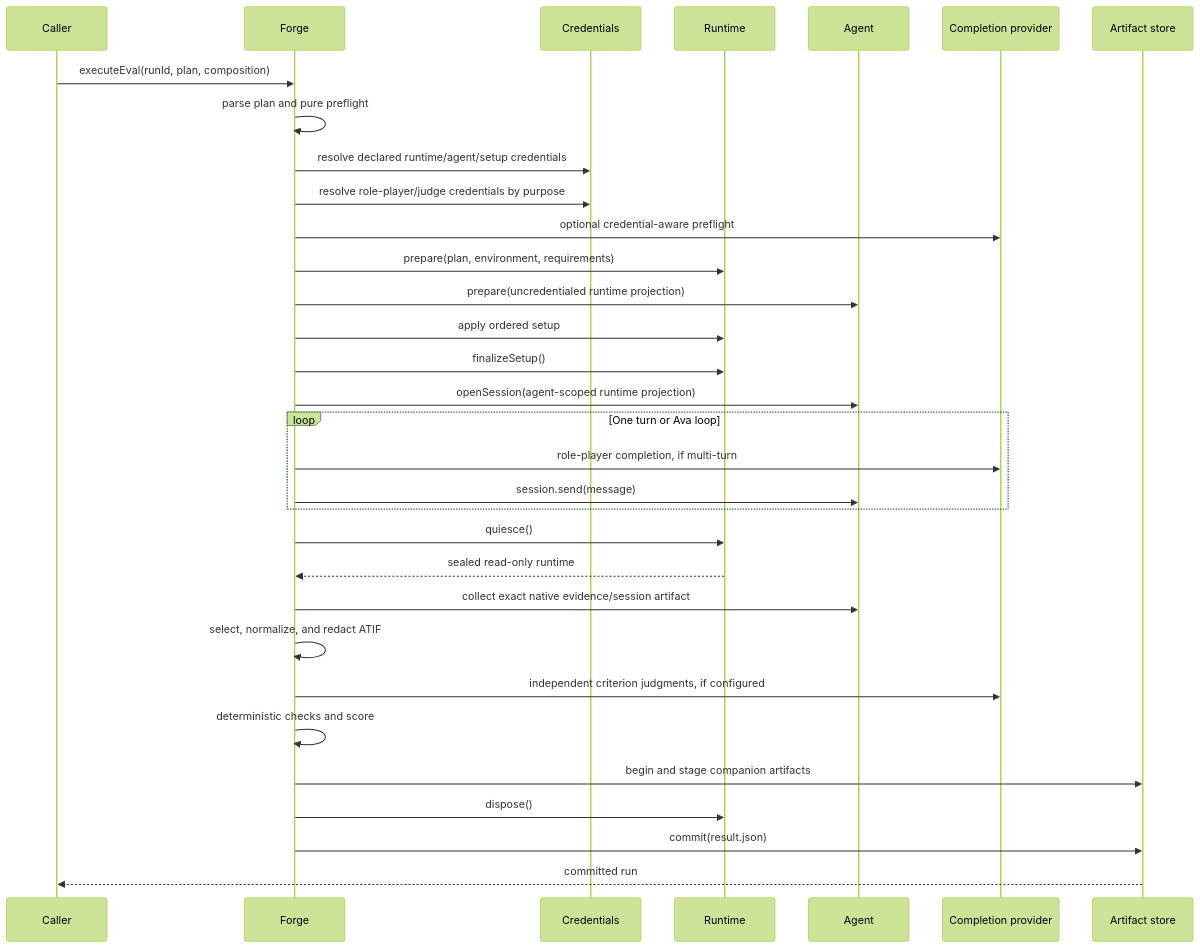
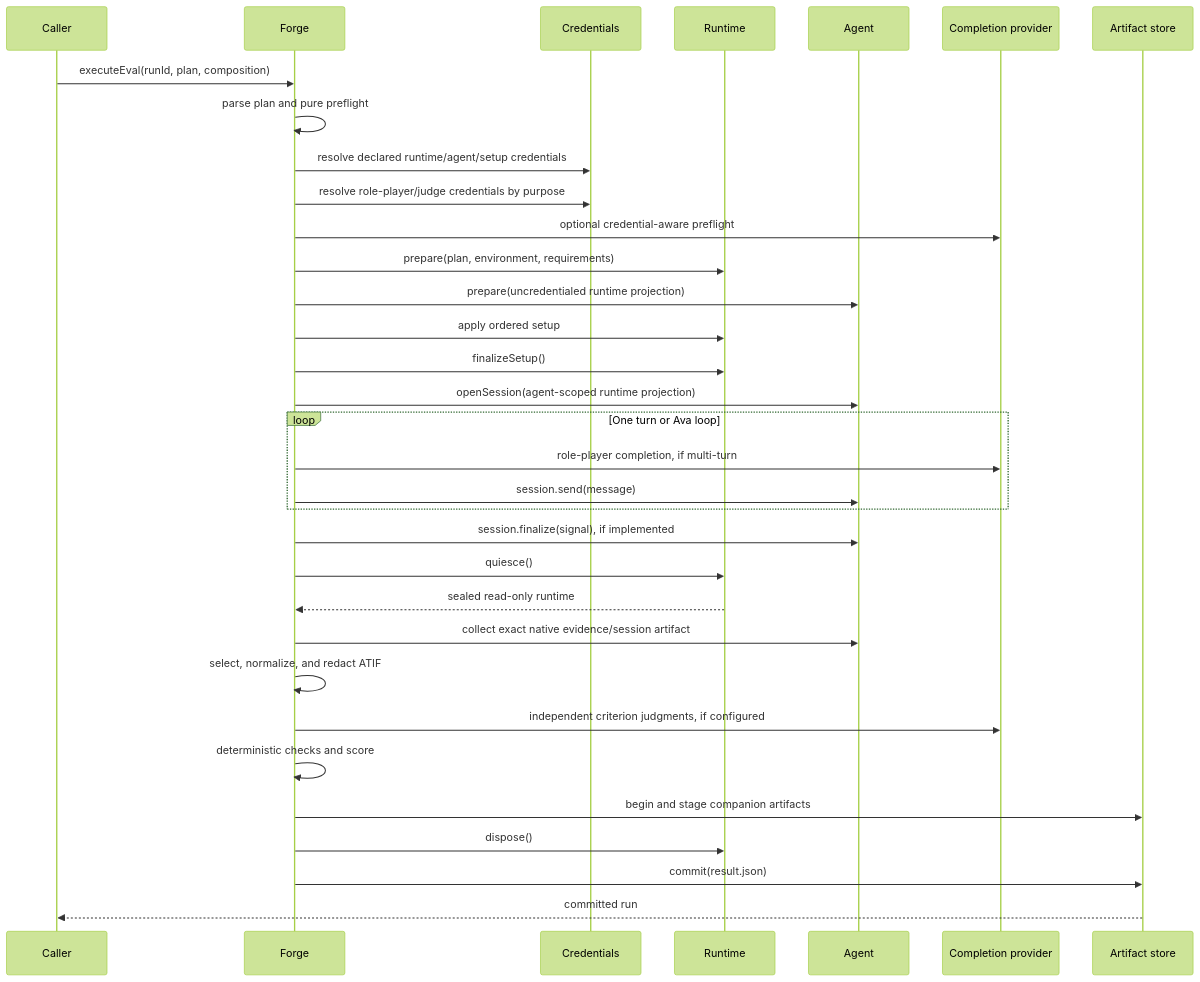
Before and after one commit to stripe/forge: the second of 3 diagrams in docs/architecture.md, drawn with Mermaid (forest theme). The commit also changed other lines of this file and 10 other files, not shown here.

````diff
--- a/docs/architecture.md
+++ b/docs/architecture.md
@@ -446,35 +446,36 @@
 ```mermaid
 sequenceDiagram
     participant Caller
     participant Forge
     participant Credentials
     participant Runtime
     participant Agent
     participant Completion as Completion provider
     participant Store as Artifact store
 
     Caller->>Forge: executeEval(runId, plan, composition)
     Forge->>Forge: parse plan and pure preflight
     Forge->>Credentials: resolve declared runtime/agent/setup credentials
     Forge->>Credentials: resolve role-player/judge credentials by purpose
     Forge->>Completion: optional credential-aware preflight
     Forge->>Runtime: prepare(plan, environment, requirements)
     Forge->>Agent: prepare(uncredentialed runtime projection)
     Forge->>Runtime: apply ordered setup
     Forge->>Runtime: finalizeSetup()
     Forge->>Agent: openSession(agent-scoped runtime projection)
     loop One turn or Ava loop
         Forge->>Completion: role-player completion, if multi-turn
         Forge->>Agent: session.send(message)
     end
+    Forge->>Agent: session.finalize(signal), if implemented
     Forge->>Runtime: quiesce()
     Runtime-->>Forge: sealed read-only runtime
     Forge->>Agent: collect exact native evidence/session artifact
     Forge->>Forge: select, normalize, and redact ATIF
     Forge->>Completion: independent criterion judgments, if configured
     Forge->>Forge: deterministic checks and score
     Forge->>Store: begin and stage companion artifacts
     Forge->>Runtime: dispose()
     Forge->>Store: commit(result.json)
     Store-->>Caller: committed run
 ```
````
